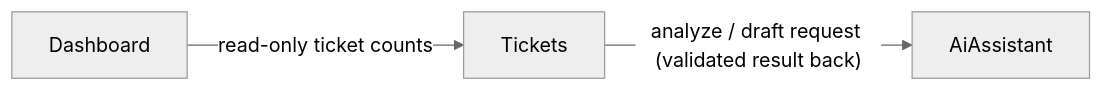
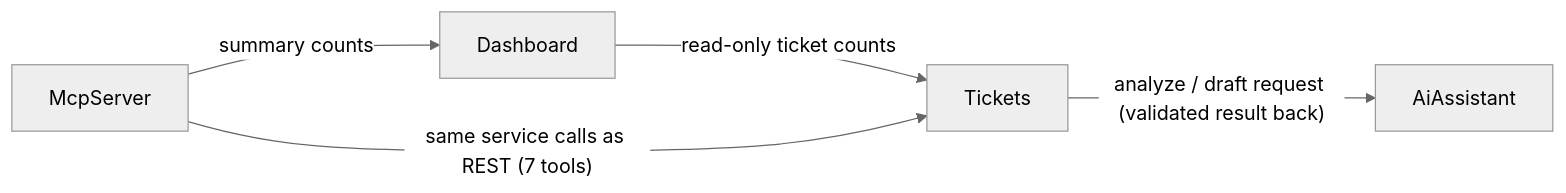
The diagram in aidlc/spaces/default/intents/261019-supportdesk-ai/inception/domain-design/components.md (muhammadnabeel-creator/support-desk), drawn with Mermaid (neutral theme) before and after one commit. The commit also changed other lines of this file and 31 other files, not shown here.

Commit message:
docs: plan MCP server change request

````diff
--- a/aidlc/spaces/default/intents/261019-supportdesk-ai/inception/domain-design/components.md
+++ b/aidlc/spaces/default/intents/261019-supportdesk-ai/inception/domain-design/components.md
@@ -95,5 +129,7 @@
 ```mermaid
 graph LR
     Tickets -->|"analyze / draft request (validated result back)"| AiAssistant
     Dashboard -->|"read-only ticket counts"| Tickets
+    McpServer -->|"same service calls as REST (7 tools)"| Tickets
+    McpServer -->|"summary counts"| Dashboard
 ```
````
